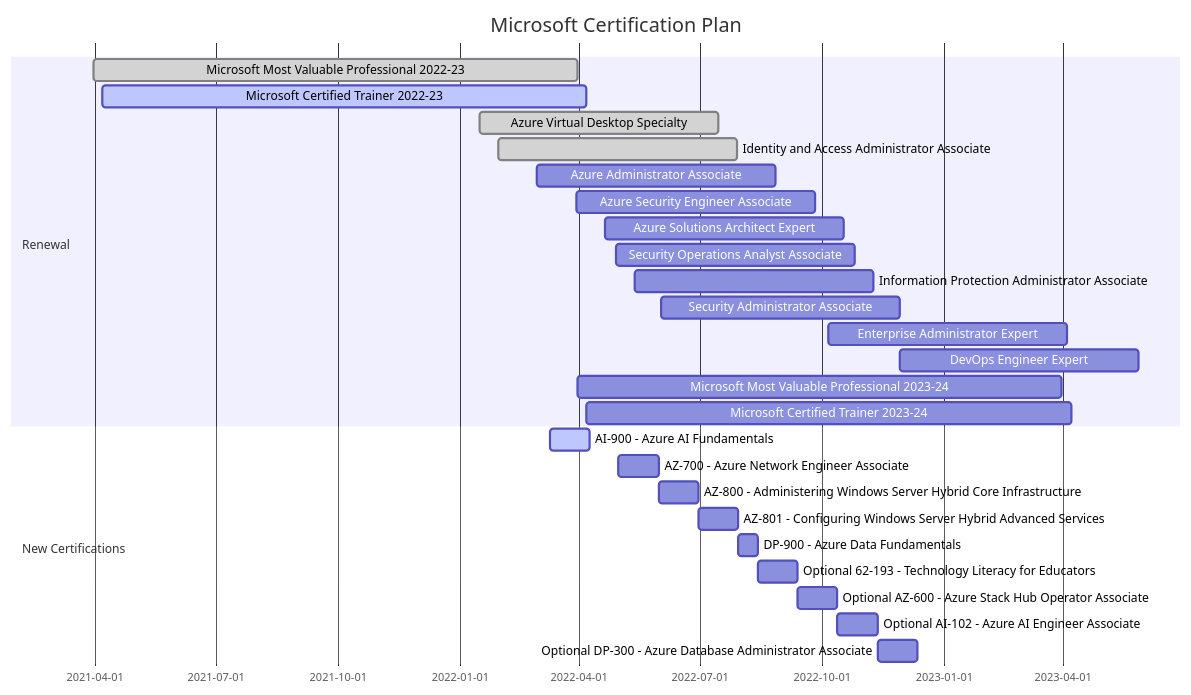
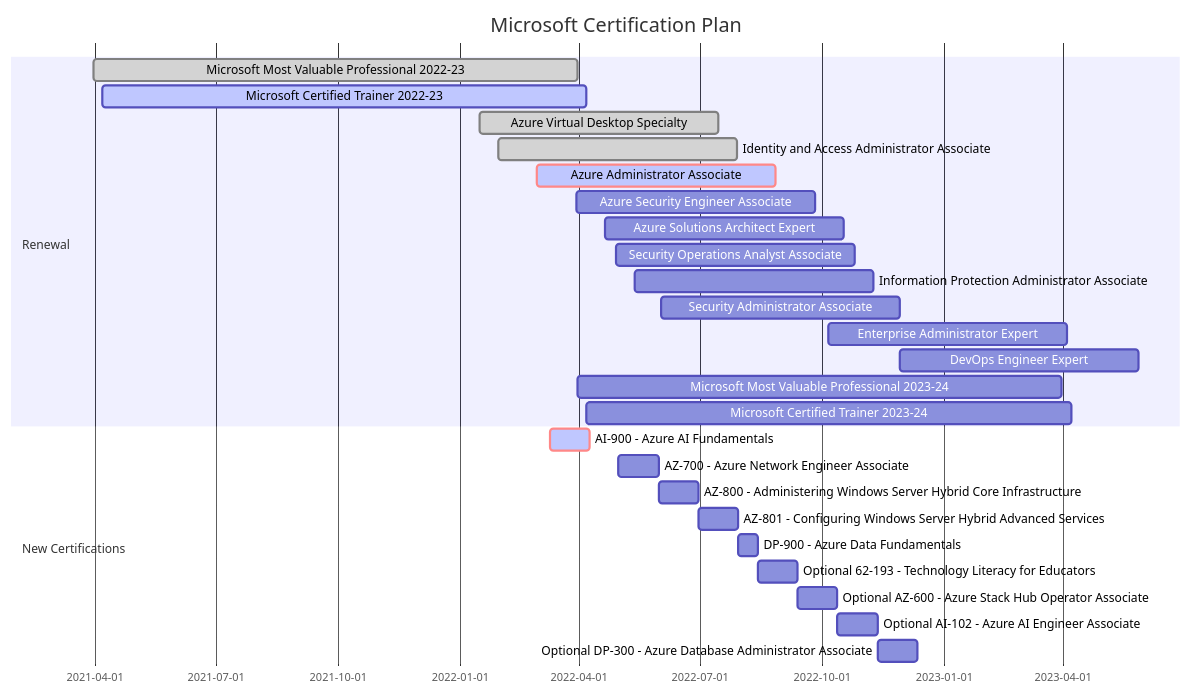
The diagram in README.md (vukasinterzic/vukasinterzic), drawn with Mermaid before and after one commit.

Commit message:
gantt chart update

````diff
--- a/README.md
+++ b/README.md
@@ -38,31 +38,31 @@
 ```mermaid
     gantt
     title Microsoft Certification Plan
     dateFormat  YYYY-MM-DD
     section Renewal
     Microsoft Most Valuable Professional 2022-23    :done, 2021-03-31, 365d
     Microsoft Certified Trainer 2022-23             :active, 2021-04-07, 365d
     Azure Virtual Desktop Specialty                 :done, 2022-01-16, 180d
     Identity and Access Administrator Associate     :done, 2022-01-30, 180d
-    Azure Administrator Associate                   :a2, 2022-02-28, 180d
+    Azure Administrator Associate                   :crit, active, a2, 2022-02-28, 180d
     Azure Security Engineer Associate               :a3, 2022-03-30, 180d
     Azure Solutions Architect Expert                :a4, 2022-04-21, 180d
     Security Operations Analyst Associate           :a5, 2022-04-29, 180d
     Information Protection Administrator Associate  :a6, 2022-05-13, 180d
     Security Administrator Associate                :a7, 2022-06-02, 180d
     Enterprise Administrator Expert                 :a8, 2022-10-06, 180d
     DevOps Engineer Expert                          :a9, 2022-11-29, 180d
     Microsoft Most Valuable Professional 2023-24    :a10, 2022-03-31, 365d
     Microsoft Certified Trainer 2023-24             :a11, 2022-04-07, 365d
 
     section New Certifications
-    AI-900 - Azure AI Fundamentals                                      :active, 2022-03-10, 30d
+    AI-900 - Azure AI Fundamentals                                      :crit, active, 2022-03-10, 30d
     AZ-700 - Azure Network Engineer Associate                           :a12, 2022-05-01, 30d
     AZ-800 - Administering Windows Server Hybrid Core Infrastructure    :a13, after a12, 30d
     AZ-801 - Configuring Windows Server Hybrid Advanced Services        :a14, after a13, 30d
     DP-900 - Azure Data Fundamentals                                    :a15, after a14, 15d
     Optional 62-193 - Technology Literacy for Educators                 :a16, after a15, 30d
     Optional AZ-600 - Azure Stack Hub Operator Associate                :a17, after a16, 30d
     Optional AI-102 - Azure AI Engineer Associate                       :a18, after a17, 30d
     Optional DP-300 - Azure Database Administrator Associate            :a19, after a18, 30d
 ```
````
